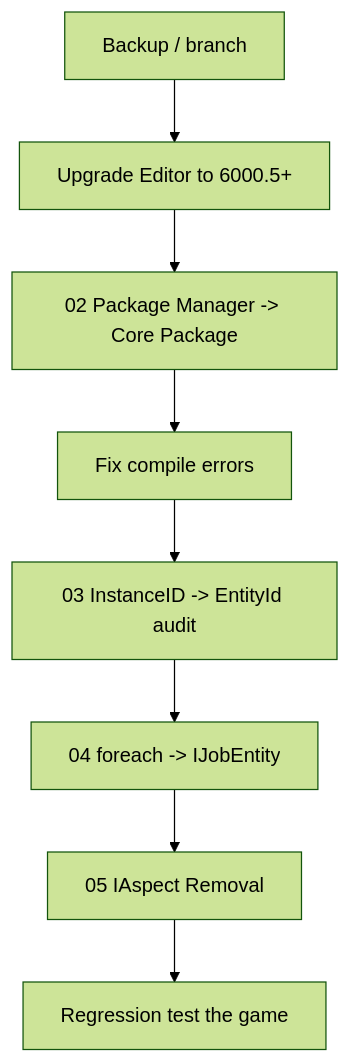
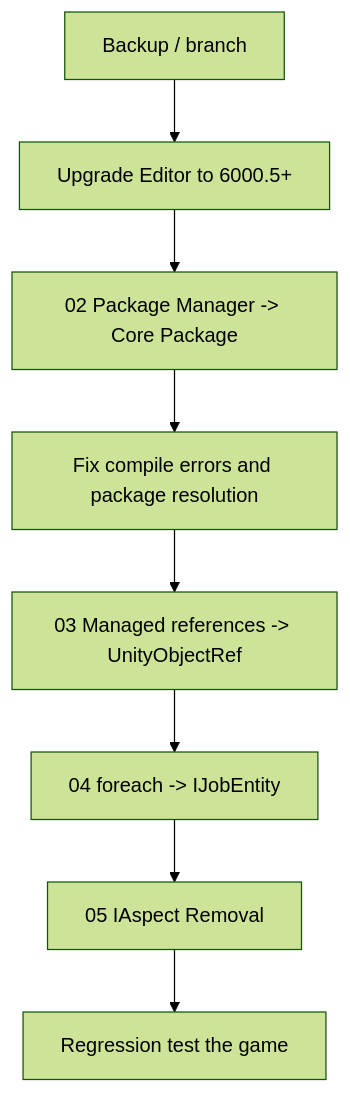
One commit to luke-youngmin-cho/Start-with-Unity-DOTS changed the diagram in Migration/01_Entities 1.x → 6.5 Overview.md. Above: the diagram before and after it, drawn with Mermaid (forest theme). The commit also changed other lines of this file and 28 other files, not shown here.

````diff
--- a/Migration/01_Entities 1.x → 6.5 Overview.md
+++ b/Migration/01_Entities 1.x → 6.5 Overview.md
@@ -28,10 +28,10 @@
 ```mermaid
 flowchart TD
     A["Backup / branch"] --> B["Upgrade Editor to 6000.5+"]
     B --> C["02 Package Manager -> Core Package"]
-    C --> D["Fix compile errors"]
-    D --> E["03 InstanceID -> EntityId audit"]
+    C --> D["Fix compile errors and package resolution"]
+    D --> E["03 Managed references -> UnityObjectRef"]
     E --> F["04 foreach -> IJobEntity"]
     F --> G["05 IAspect Removal"]
     G --> H["Regression test the game"]
 ```
````
